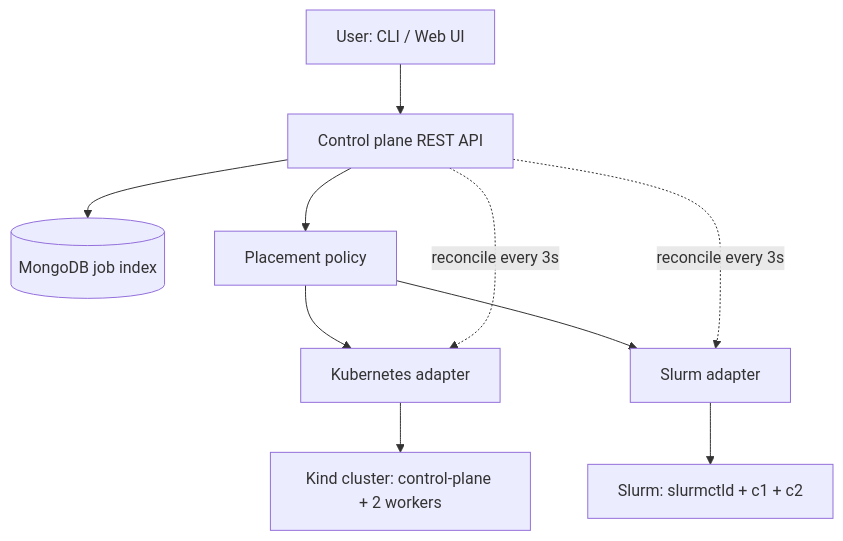
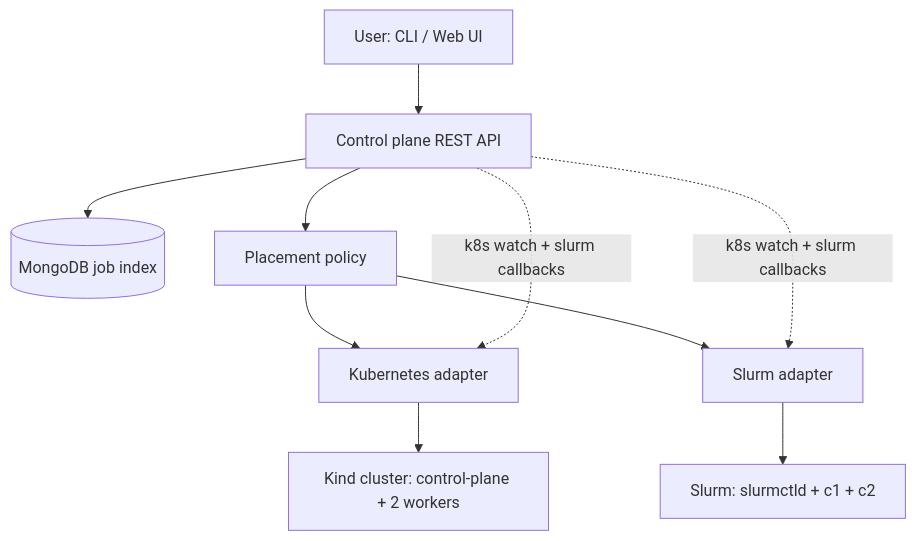
The diagram in README.md (amanak4/HCP), drawn with Mermaid before and after one commit. The commit also changed other lines of this file and 22 other files, not shown here.

````diff
--- a/README.md
+++ b/README.md
@@ -124,21 +124,21 @@
 ```mermaid
 flowchart TB
   user[User: CLI / Web UI]
   api[Control plane REST API]
   store[(MongoDB job index)]
   place[Placement policy]
   k8sA[Kubernetes adapter]
   slurmA[Slurm adapter]
   kind[Kind cluster: control-plane + 2 workers]
   slurm[Slurm: slurmctld + c1 + c2]
 
   user --> api
   api --> store
   api --> place
   place --> k8sA
   place --> slurmA
   k8sA --> kind
   slurmA --> slurm
-  api -.->|reconcile every 3s| k8sA
-  api -.->|reconcile every 3s| slurmA
+  api -.->|k8s watch + slurm callbacks| k8sA
+  api -.->|k8s watch + slurm callbacks| slurmA
 ```
````
